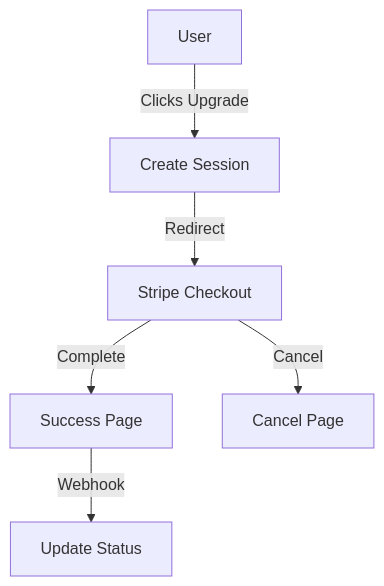
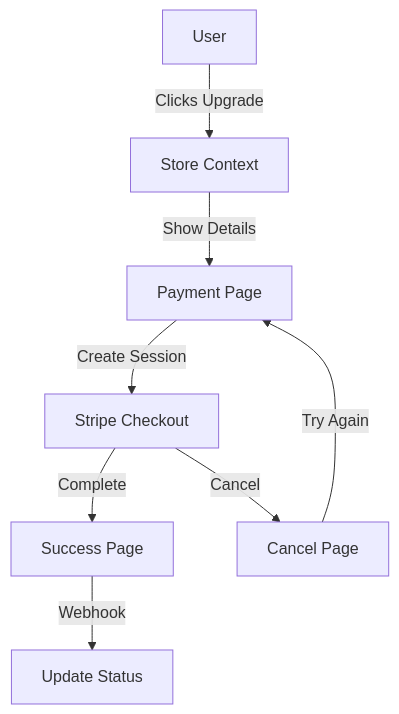
One commit to parlakyan/beginrecovery changed the diagram in docs/PAYMENTS.md. Above: the diagram before and after it, drawn with Mermaid. The commit also changed other lines of this file and 2 other files, not shown here.

````diff
--- a/docs/PAYMENTS.md
+++ b/docs/PAYMENTS.md
@@ -15,8 +17,10 @@
 ```mermaid
 graph TD
-    A[User] -->|Clicks Upgrade| B[Create Session]
-    B -->|Redirect| C[Stripe Checkout]
-    C -->|Complete| D[Success Page]
-    C -->|Cancel| E[Cancel Page]
-    D -->|Webhook| F[Update Status]
+    A[User] -->|Clicks Upgrade| B[Store Context]
+    B -->|Show Details| C[Payment Page]
+    C -->|Create Session| D[Stripe Checkout]
+    D -->|Complete| E[Success Page]
+    D -->|Cancel| F[Cancel Page]
+    F -->|Try Again| C
+    E -->|Webhook| G[Update Status]
 ```
````
